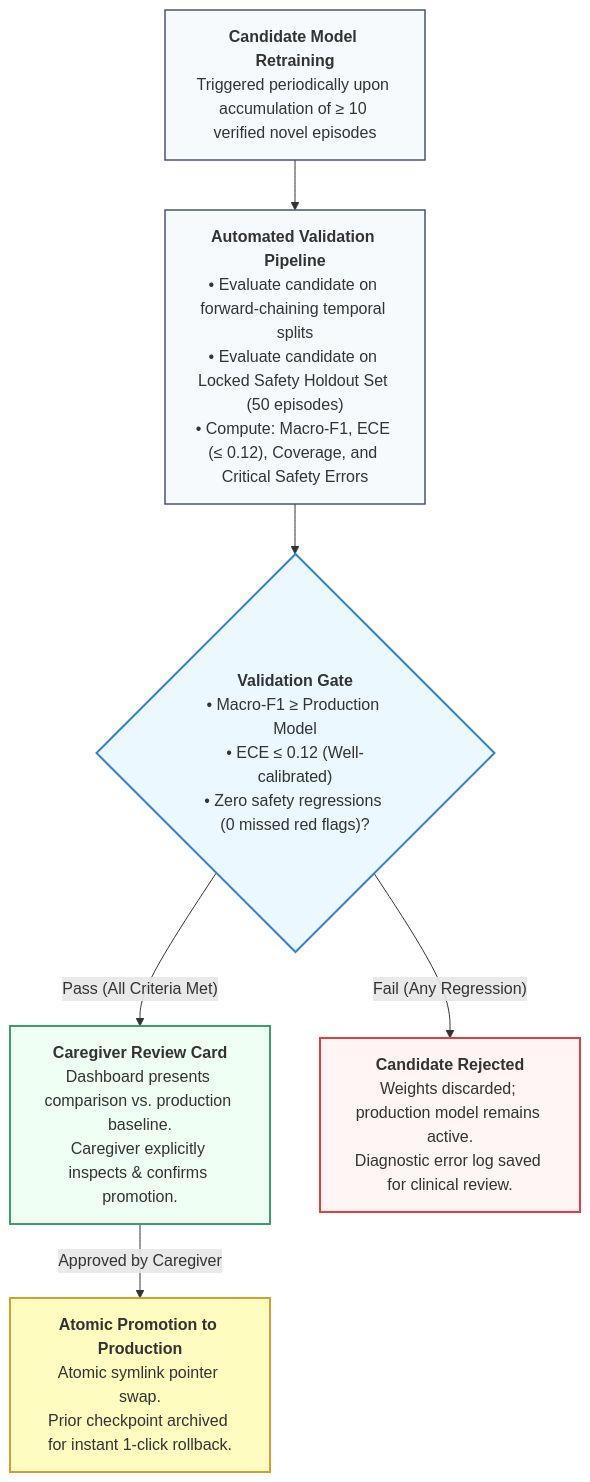
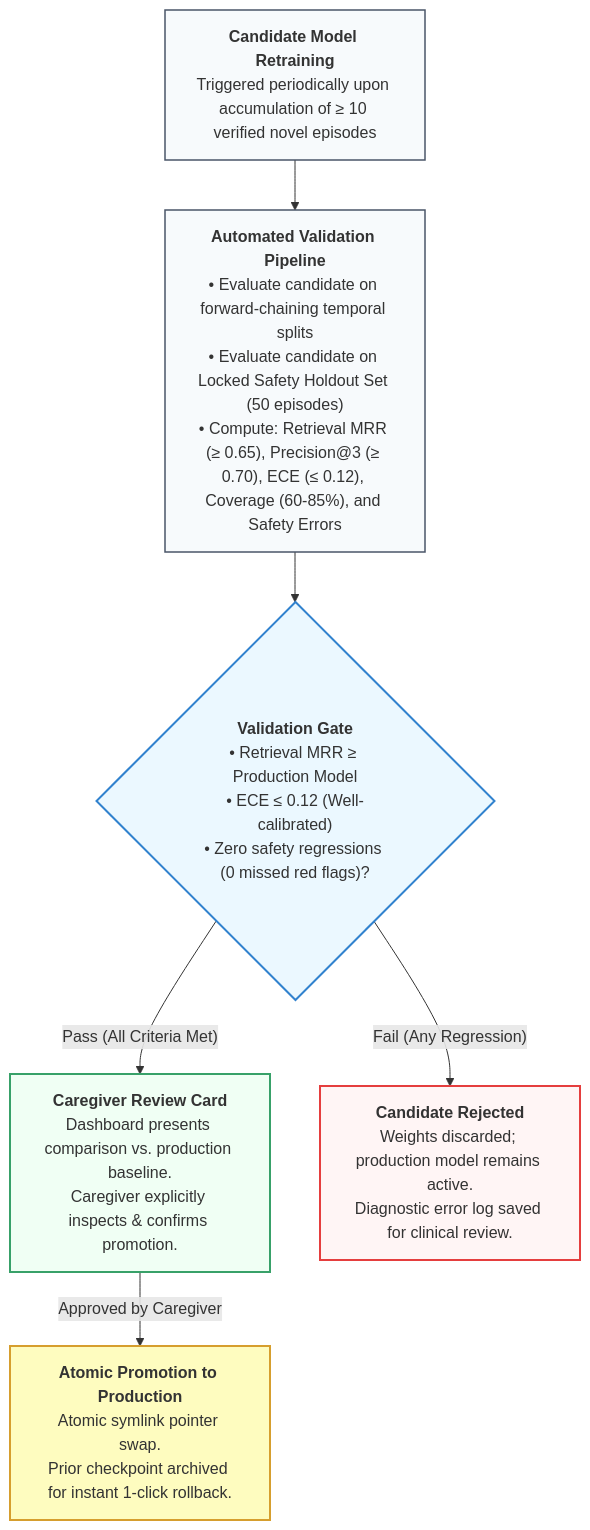
One commit to olostan/project_n changed the diagram in docs/evaluation_protocol.md. Above: the diagram before and after it, drawn with Mermaid. The commit also changed other lines of this file and 8 other files, not shown here.

Commit message:
fix(specs,design,eval): resolve review findings, data schemas, clinical grounding, and evaluation gates

````diff
--- a/docs/evaluation_protocol.md
+++ b/docs/evaluation_protocol.md
@@ -100,32 +111,32 @@
 ```mermaid
 flowchart TD
     RETRAIN["<b>Candidate Model Retraining</b><br/>Triggered periodically upon accumulation of ≥ 10 verified novel episodes"]
 
-    VALIDATE["<b>Automated Validation Pipeline</b><br/>• Evaluate candidate on forward-chaining temporal splits<br/>• Evaluate candidate on Locked Safety Holdout Set (50 episodes)<br/>• Compute: Macro-F1, ECE (≤ 0.12), Coverage, and Critical Safety Errors"]
+    VALIDATE["<b>Automated Validation Pipeline</b><br/>• Evaluate candidate on forward-chaining temporal splits<br/>• Evaluate candidate on Locked Safety Holdout Set (50 episodes)<br/>• Compute: Retrieval MRR (≥ 0.65), Precision@3 (≥ 0.70), ECE (≤ 0.12), Coverage (60-85%), and Safety Errors"]
 
-    GATE{"<b>Validation Gate</b><br/>• Macro-F1 ≥ Production Model<br/>• ECE ≤ 0.12 (Well-calibrated)<br/>• Zero safety regressions (0 missed red flags)?"}
+    GATE{"<b>Validation Gate</b><br/>• Retrieval MRR ≥ Production Model<br/>• ECE ≤ 0.12 (Well-calibrated)<br/>• Zero safety regressions (0 missed red flags)?"}
 
     REVIEW["<b>Caregiver Review Card</b><br/>Dashboard presents comparison vs. production baseline.<br/>Caregiver explicitly inspects & confirms promotion."]
 
     REJECT["<b>Candidate Rejected</b><br/>Weights discarded; production model remains active.<br/>Diagnostic error log saved for clinical review."]
 
     PROMO["<b>Atomic Promotion to Production</b><br/>Atomic symlink pointer swap.<br/>Prior checkpoint archived for instant 1-click rollback."]
 
     RETRAIN --> VALIDATE
     VALIDATE --> GATE
     GATE -- "Pass (All Criteria Met)" --> REVIEW
     GATE -- "Fail (Any Regression)" --> REJECT
     REVIEW -- "Approved by Caregiver" --> PROMO
 
     classDef normal fill:#f7fafc,stroke:#4a5568,stroke-width:1.5px;
     classDef gate fill:#ebf8ff,stroke:#3182ce,stroke-width:2px;
     classDef pass fill:#f0fff4,stroke:#38a169,stroke-width:2px;
     classDef fail fill:#fff5f5,stroke:#e53e3e,stroke-width:2px;
     classDef prod fill:#fefcbf,stroke:#d69e2e,stroke-width:2px;
 
     class RETRAIN,VALIDATE normal;
     class GATE gate;
     class REVIEW pass;
     class REJECT fail;
     class PROMO prod;
 ```
````
